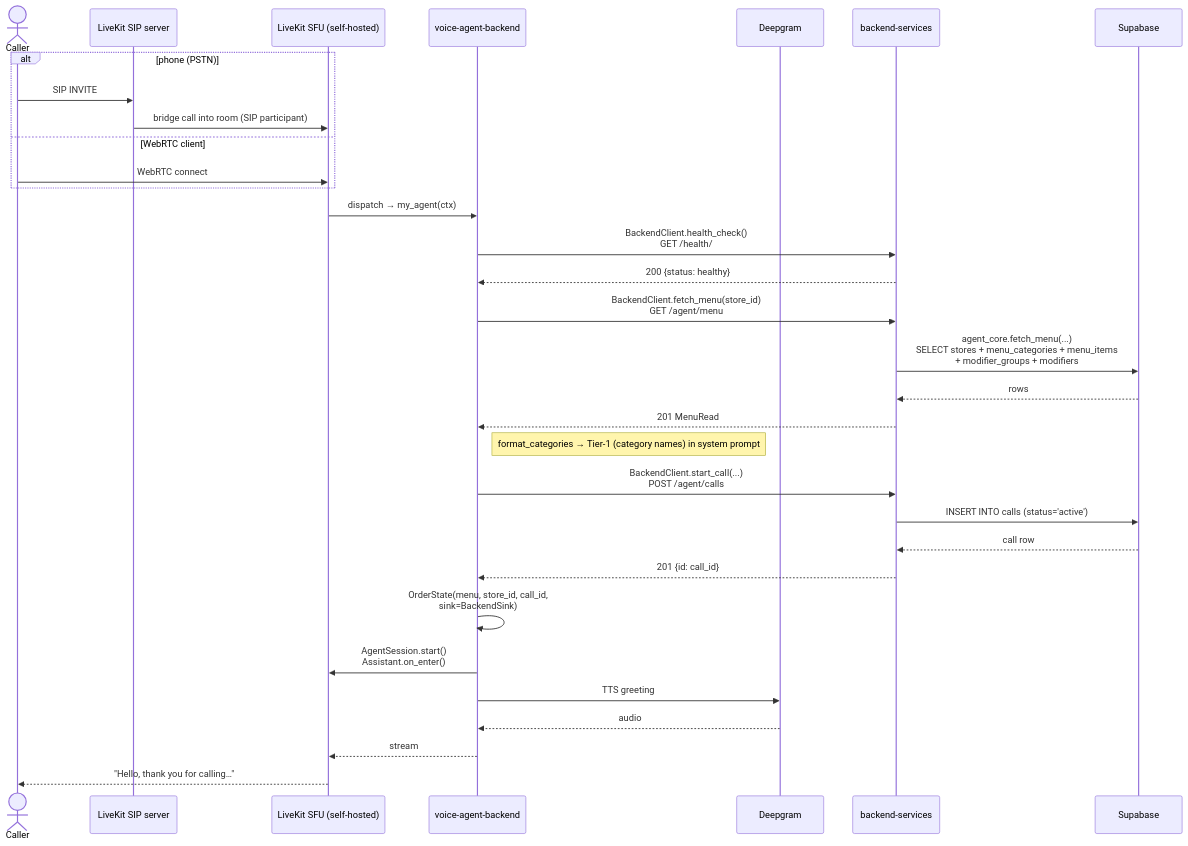
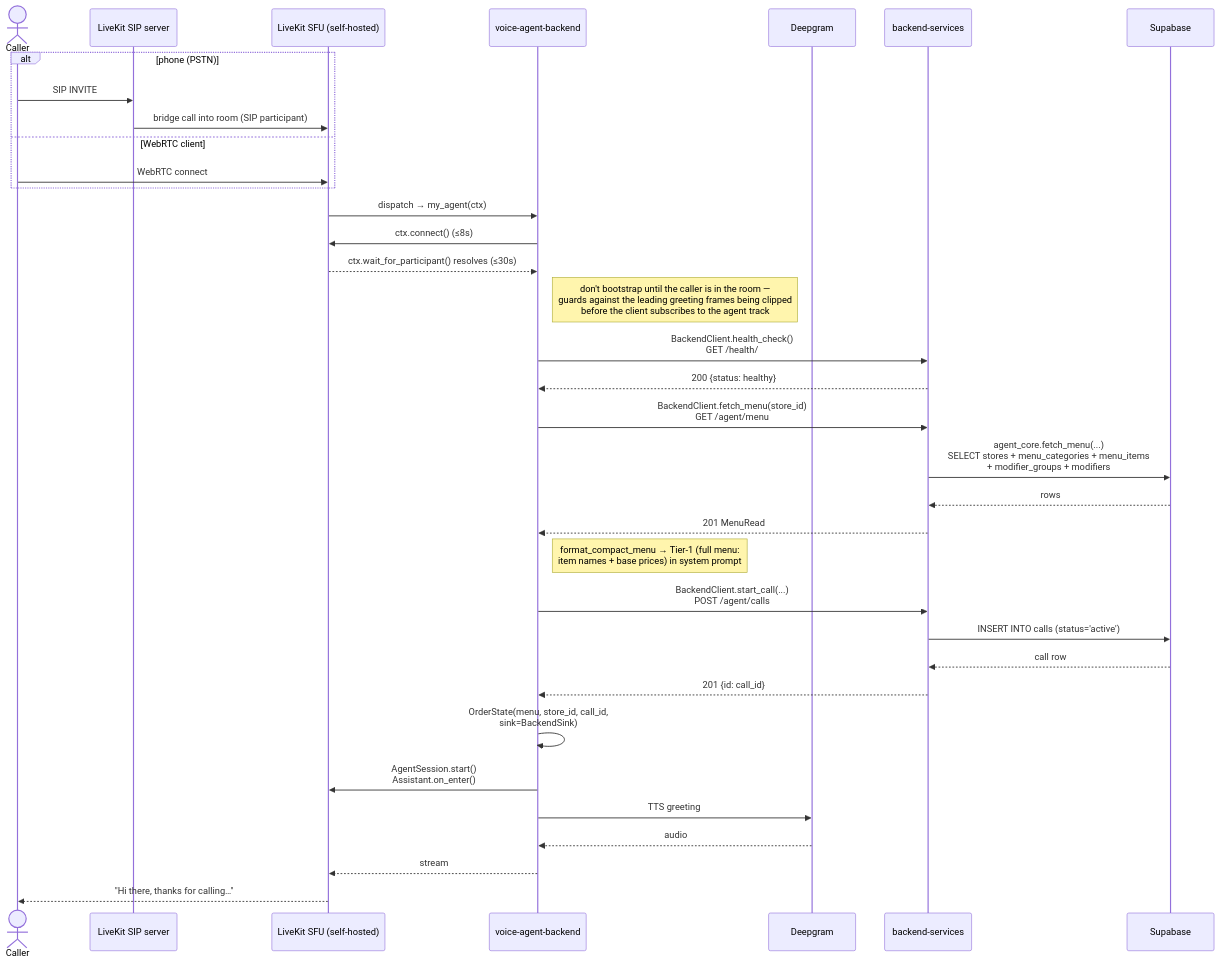
Before and after one commit to voco-dine/org-wiki: the second of 10 diagrams in docs/system-specification/sequence.md, drawn with Mermaid. The commit also changed other lines of this file and 3 other files, not shown here.

````diff
--- a/docs/system-specification/sequence.md
+++ b/docs/system-specification/sequence.md
@@ -43,39 +43,42 @@
 ```mermaid
 sequenceDiagram
     actor Caller
     participant SIP as LiveKit SIP server
     participant LK as LiveKit SFU (self-hosted)
     participant VA as voice-agent-backend
     participant CT as Deepgram
     participant BS as backend-services
     participant DB as Supabase
 
     alt phone (PSTN)
         Caller->>SIP: SIP INVITE
         SIP->>LK: bridge call into room (SIP participant)
     else WebRTC client
         Caller->>LK: WebRTC connect
     end
     LK->>VA: dispatch → my_agent(ctx)
+    VA->>LK: ctx.connect() (≤8s)
+    LK-->>VA: ctx.wait_for_participant() resolves (≤30s)
+    Note right of VA: don't bootstrap until the caller is in the room —<br/>guards against the leading greeting frames being clipped<br/>before the client subscribes to the agent track
 
     VA->>BS: BackendClient.health_check()<br/>GET /health/
     BS-->>VA: 200 {status: healthy}
 
     VA->>BS: BackendClient.fetch_menu(store_id)<br/>GET /agent/menu
     BS->>DB: agent_core.fetch_menu(...)<br/>SELECT stores + menu_categories + menu_items<br/>+ modifier_groups + modifiers
     DB-->>BS: rows
     BS-->>VA: 201 MenuRead
-    Note right of VA: format_categories → Tier-1 (category names) in system prompt
+    Note right of VA: format_compact_menu → Tier-1 (full menu:<br/>item names + base prices) in system prompt
 
     VA->>BS: BackendClient.start_call(...)<br/>POST /agent/calls
     BS->>DB: INSERT INTO calls (status='active')
     DB-->>BS: call row
     BS-->>VA: 201 {id: call_id}
 
     VA->>VA: OrderState(menu, store_id, call_id,<br/>sink=BackendSink)
     VA->>LK: AgentSession.start()<br/>Assistant.on_enter()
     VA->>CT: TTS greeting
     CT-->>VA: audio
     VA-->>LK: stream
-    LK-->>Caller: "Hello, thank you for calling…"
+    LK-->>Caller: "Hi there, thanks for calling…"
 ```
````
